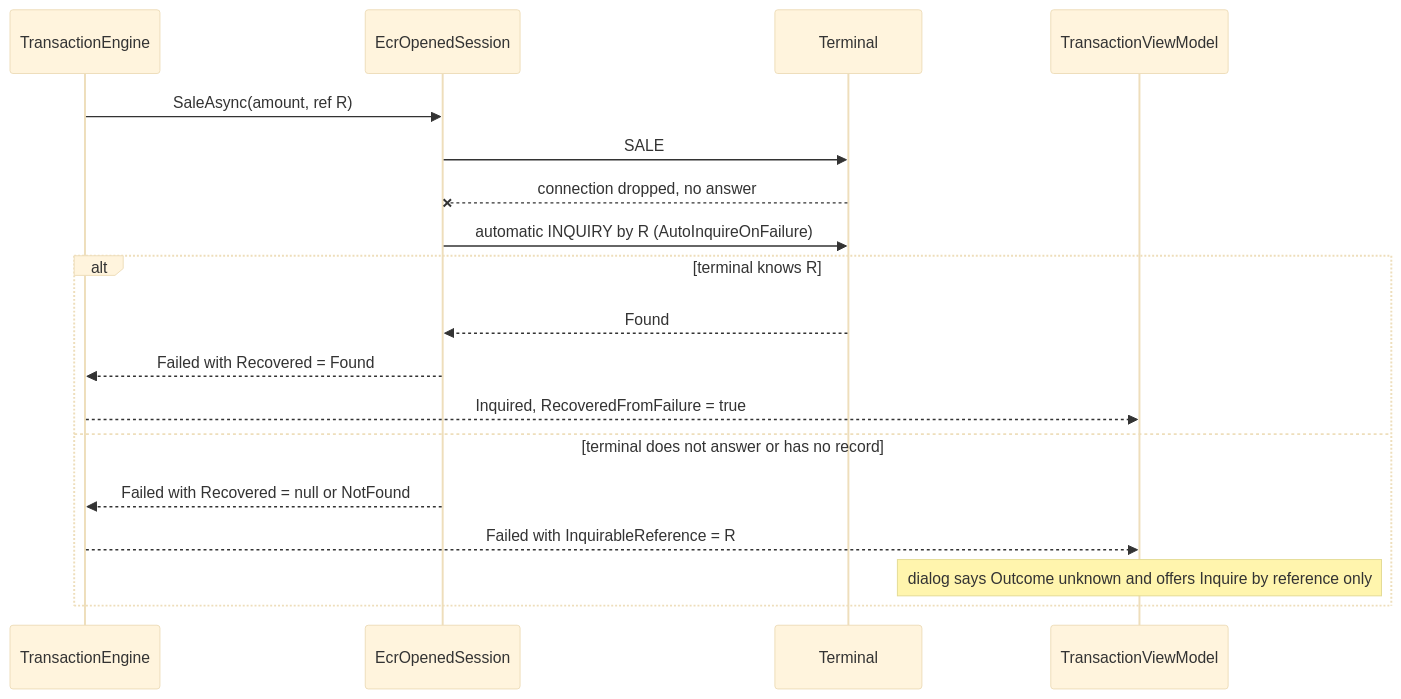
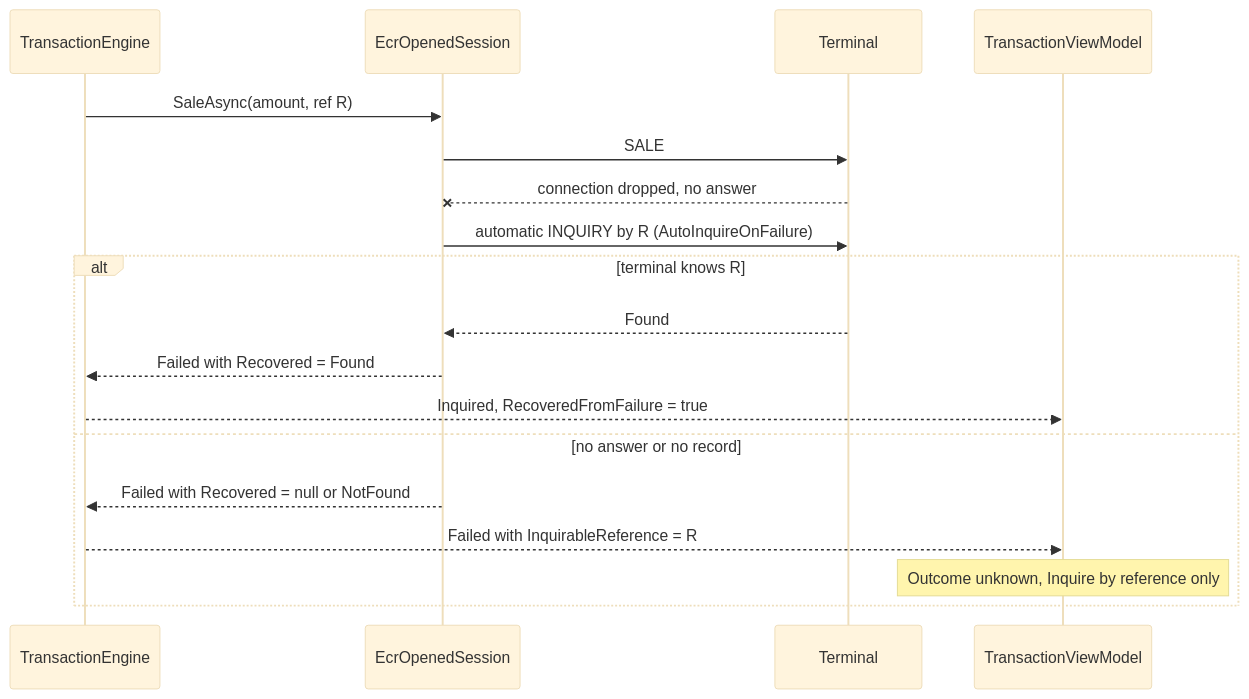
The third of 4 diagrams in Windows-Native-Example/docs/implementation.md (amwal-pay/AmwalpayEcrWindowsExample), drawn with Mermaid (base theme) before and after one commit. The commit also changed other lines of this file and 28 other files, not shown here.

````diff
--- a/Windows-Native-Example/docs/implementation.md
+++ b/Windows-Native-Example/docs/implementation.md
@@ -608,21 +313,20 @@
 ```mermaid
 sequenceDiagram
     participant E as TransactionEngine
     participant S as EcrOpenedSession
     participant T as Terminal
     participant VM as TransactionViewModel
-
     E->>S: SaleAsync(amount, ref R)
     S->>T: SALE
     T--xS: connection dropped, no answer
     S->>T: automatic INQUIRY by R (AutoInquireOnFailure)
     alt terminal knows R
         T-->>S: Found
         S-->>E: Failed with Recovered = Found
         E-->>VM: Inquired, RecoveredFromFailure = true
-    else terminal does not answer or has no record
+    else no answer or no record
         S-->>E: Failed with Recovered = null or NotFound
         E-->>VM: Failed with InquirableReference = R
-        Note over VM: dialog says Outcome unknown and offers Inquire by reference only
+        Note over VM: Outcome unknown, Inquire by reference only
     end
 ```
````
